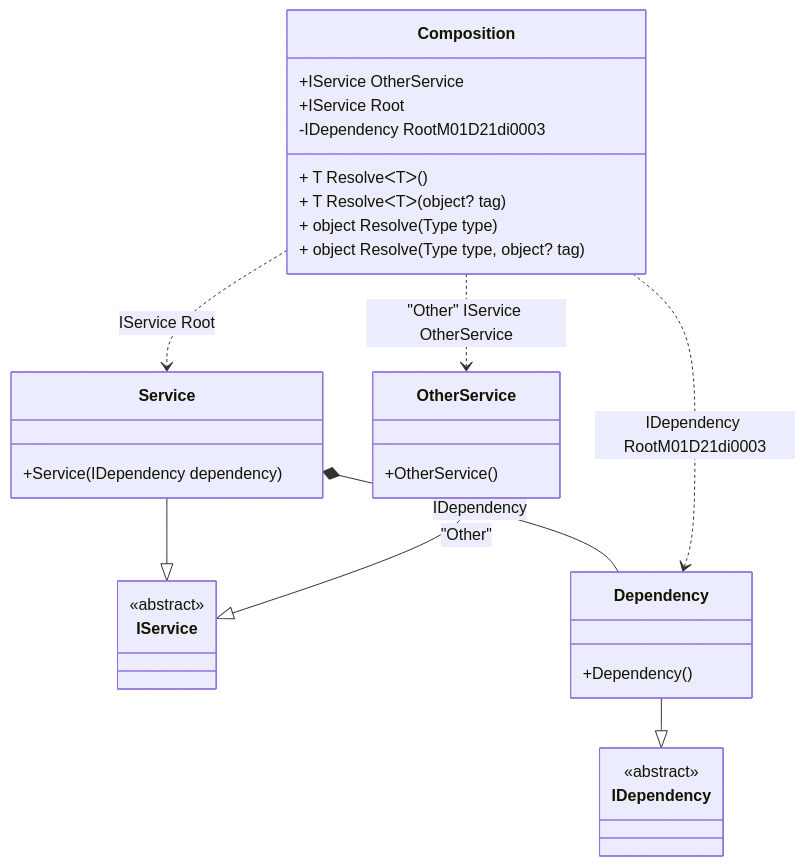
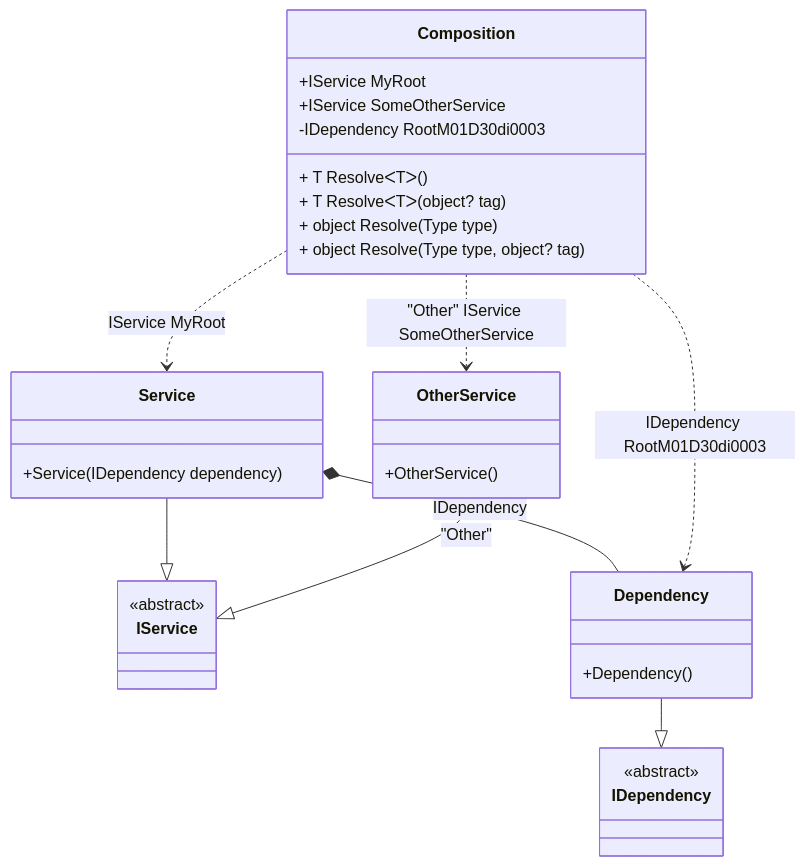
Before and after one commit to DevTeam/Pure.DI: the diagram in readme/composition-roots.md, drawn with Mermaid. The commit also changed other lines of this file and 92 other files, not shown here.

````diff
--- a/readme/composition-roots.md
+++ b/readme/composition-roots.md
@@ -43,34 +66,34 @@
 ```mermaid
 classDiagram
   class Composition {
-    +IService OtherService
-    +IService Root
-    -IDependency RootM01D21di0003
+    +IService MyRoot
+    +IService SomeOtherService
+    -IDependency RootM01D30di0003
     + T ResolveᐸTᐳ()
     + T ResolveᐸTᐳ(object? tag)
     + object Resolve(Type type)
     + object Resolve(Type type, object? tag)
   }
   Service --|> IService : 
   class Service {
     +Service(IDependency dependency)
   }
   OtherService --|> IService : "Other" 
   class OtherService {
     +OtherService()
   }
   Dependency --|> IDependency : 
   class Dependency {
     +Dependency()
   }
   class IService {
     <<abstract>>
   }
   class IDependency {
     <<abstract>>
   }
   Service *--  Dependency : IDependency
-  Composition ..> Service : IService Root
-  Composition ..> OtherService : "Other" IService OtherService
-  Composition ..> Dependency : IDependency RootM01D21di0003
+  Composition ..> Service : IService MyRoot
+  Composition ..> OtherService : "Other" IService SomeOtherService
+  Composition ..> Dependency : IDependency RootM01D30di0003
 ```
````
